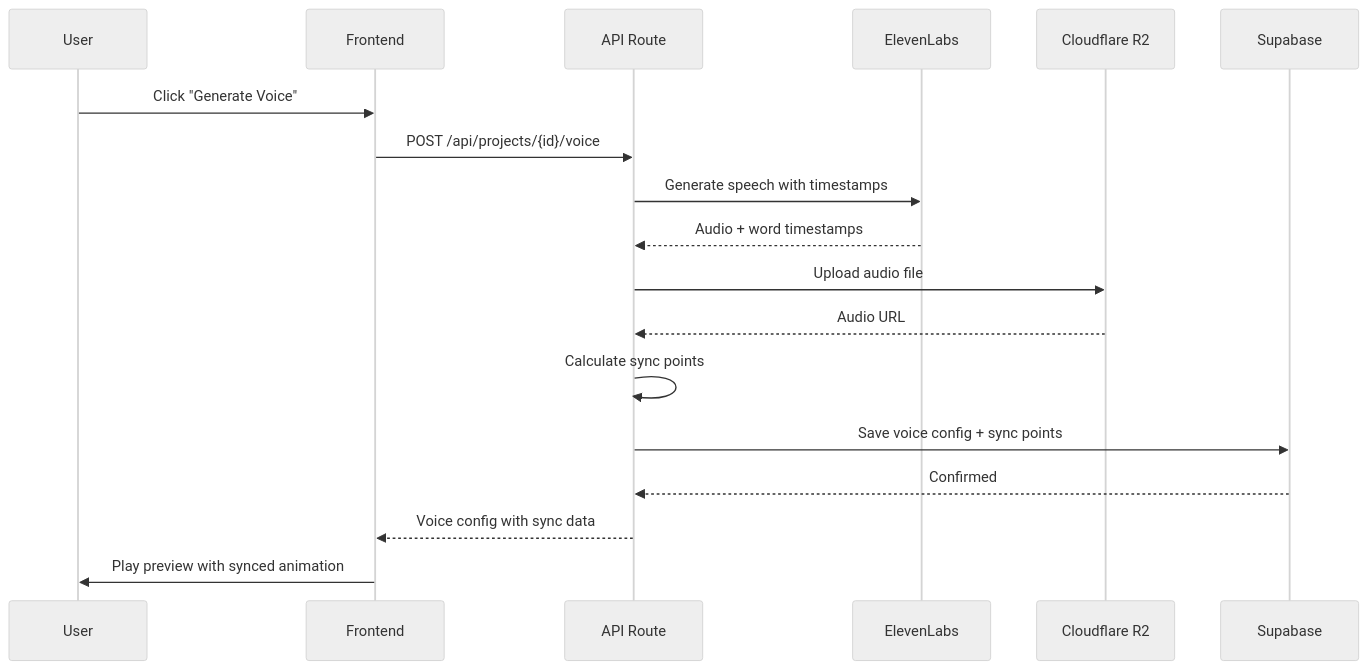
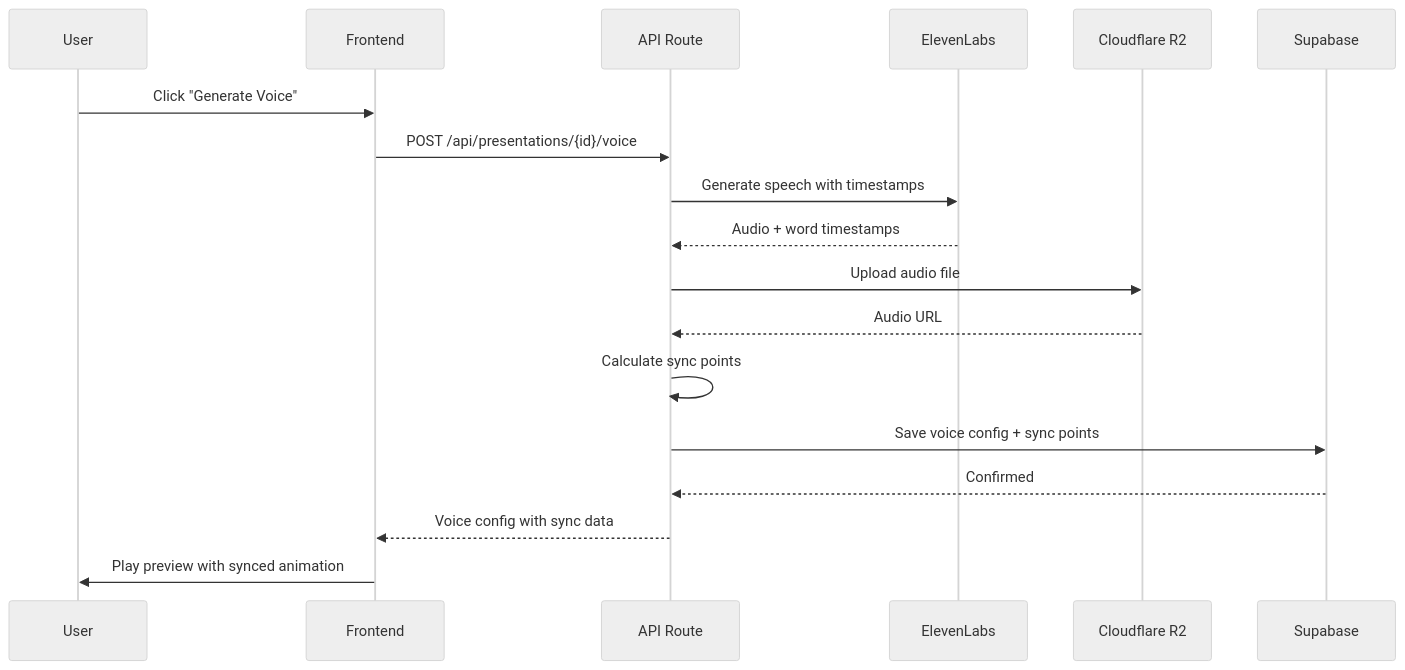
The sixth of 8 diagrams in docs/technical-architecture/overview.md (EvgenyEMK/visual-story), drawn with Mermaid (neutral theme) before and after one commit. The commit also changed other lines of this file and 148 other files, not shown here.

First line of the commit message:
feat: rename projects to presentations, unified bottom panel, smart list editor

````diff
--- a/docs/technical-architecture/overview.md
+++ b/docs/technical-architecture/overview.md
@@ -377,21 +377,21 @@
 ```mermaid
 sequenceDiagram
     participant U as User
     participant FE as Frontend
     participant API as API Route
     participant TTS as ElevenLabs
     participant R2 as Cloudflare R2
     participant DB as Supabase
     
     U->>FE: Click "Generate Voice"
-    FE->>API: POST /api/projects/{id}/voice
+    FE->>API: POST /api/presentations/{id}/voice
     API->>TTS: Generate speech with timestamps
     TTS-->>API: Audio + word timestamps
     API->>R2: Upload audio file
     R2-->>API: Audio URL
     API->>API: Calculate sync points
     API->>DB: Save voice config + sync points
     DB-->>API: Confirmed
     API-->>FE: Voice config with sync data
     FE->>U: Play preview with synced animation
 ```
````
